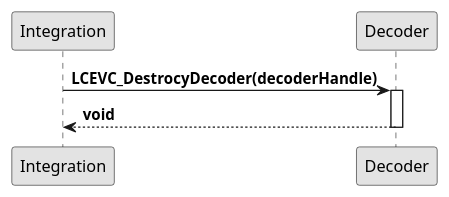
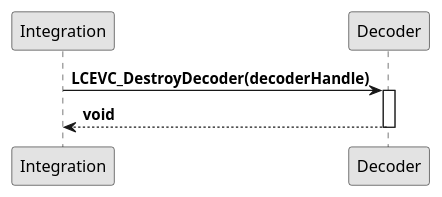
The third of 4 diagrams in docs/sphinx/overview.rst (v-novaltd/LCEVCdec), drawn with PlantUML before and after one commit. The commit also changed other lines of this file and 446 other files, not shown here.

```diff
--- a/docs/sphinx/overview.rst
+++ b/docs/sphinx/overview.rst
@@ -171,9 +171,9 @@
 .. uml::
   :align: center
 
   skinparam monochrome true
 
   autoactivate on
 
-  Integration -> Decoder: **LCEVC_DestrocyDecoder(decoderHandle)**
+  Integration -> Decoder: **LCEVC_DestroyDecoder(decoderHandle)**
   return **void**
```
